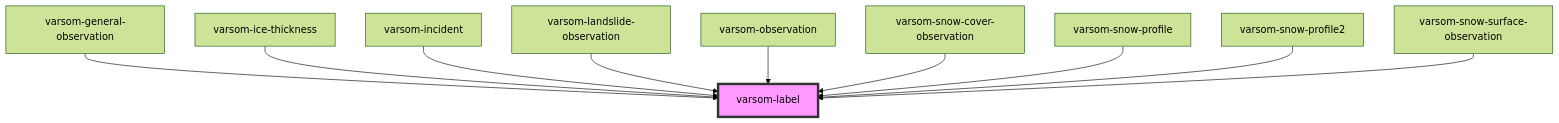
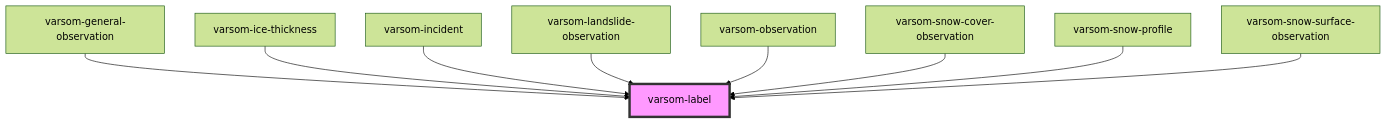
One commit to NVE/varsom-observation changed the diagram in observasjonskort/src/components/varsom-label/readme.md. Above: the diagram before and after it, drawn with Mermaid (forest theme). The commit also changed other lines of this file and 10 other files, not shown here.

````diff
--- a/observasjonskort/src/components/varsom-label/readme.md
+++ b/observasjonskort/src/components/varsom-label/readme.md
@@ -30,13 +29,12 @@
 ```mermaid
 graph TD;
   varsom-general-observation --> varsom-label
   varsom-ice-thickness --> varsom-label
   varsom-incident --> varsom-label
   varsom-landslide-observation --> varsom-label
   varsom-observation --> varsom-label
   varsom-snow-cover-observation --> varsom-label
   varsom-snow-profile --> varsom-label
-  varsom-snow-profile2 --> varsom-label
   varsom-snow-surface-observation --> varsom-label
   style varsom-label fill:#f9f,stroke:#333,stroke-width:4px
 ```
````
